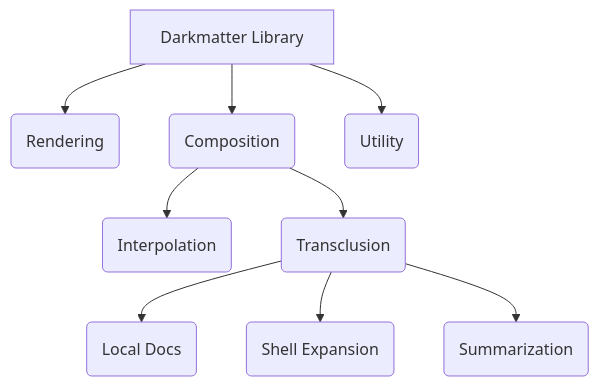
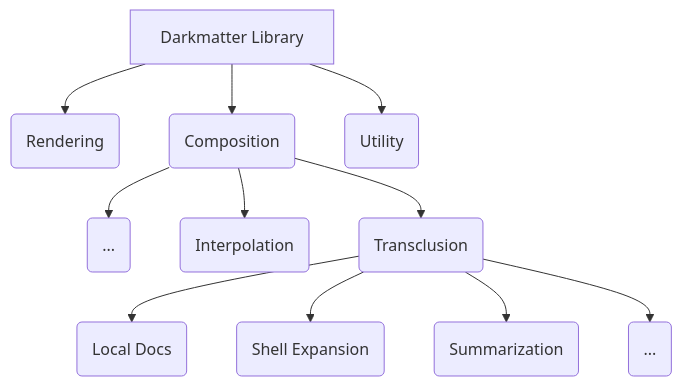
Before and after one commit to yankeeinlondon/rusty-biscuit: the first of 2 diagrams in darkmatter/lib/README.md, drawn with Mermaid. The commit also changed other lines of this file and 80 other files, not shown here.

````diff
--- a/darkmatter/lib/README.md
+++ b/darkmatter/lib/README.md
@@ -7,19 +7,21 @@
 ```mermaid
 flowchart TD
 
 DM[Darkmatter Library]
 Render(Rendering)
 Composition(Composition)
 Utility(Utility)
 
 DM --> Render
 DM --> Composition
 DM --> Utility
 
+Composition --> MoreComposition(...)
 Composition --> Interpolation(Interpolation)
 Composition --> Transclusion(Transclusion)
 
 Transclusion --> Docs(Local Docs)
 Transclusion --> Shell(Shell Expansion)
 Transclusion --> Summarize(Summarization)
+Transclusion --> More(...)
 ```
````
